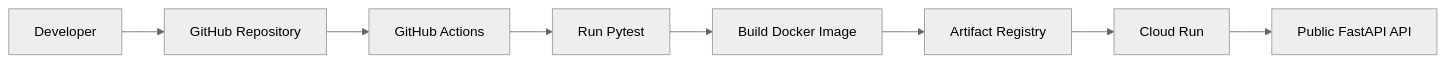
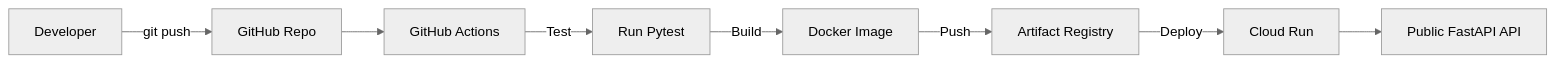
One commit to Khanhpro098788/ProjectDeploy changed the diagram in README.md. Above: the diagram before and after it, drawn with Mermaid (neutral theme). The commit also changed other lines of this file, not shown here.

````diff
--- a/README.md
+++ b/README.md
@@ -43,10 +31,10 @@
 ```mermaid
 flowchart LR
-    A[Developer] --> B[GitHub Repository]
+    A[Developer] -->|git push| B[GitHub Repo]
     B --> C[GitHub Actions]
-    C --> D[Run Pytest]
-    D --> E[Build Docker Image]
-    E --> F[Artifact Registry]
-    F --> G[Cloud Run]
+    C -->|Test| D[Run Pytest]
+    D -->|Build| E[Docker Image]
+    E -->|Push| F[Artifact Registry]
+    F -->|Deploy| G[Cloud Run]
     G --> H[Public FastAPI API]
 ```
````
